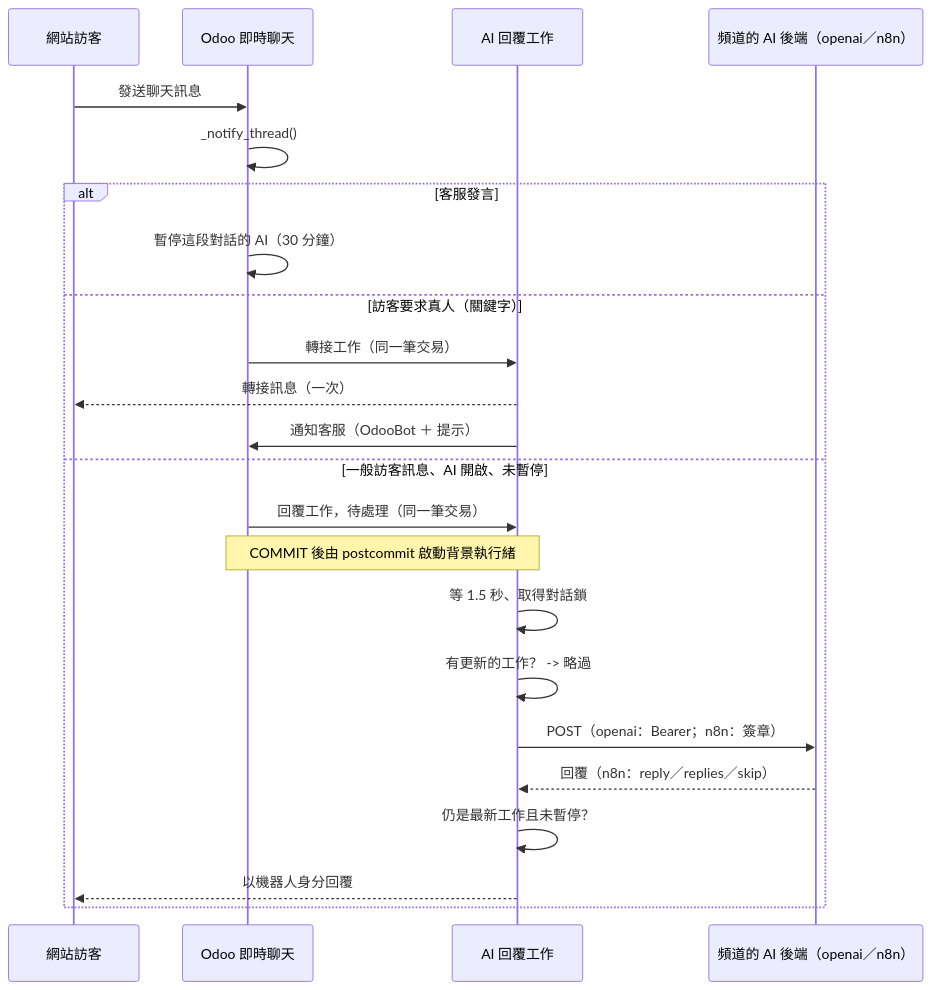
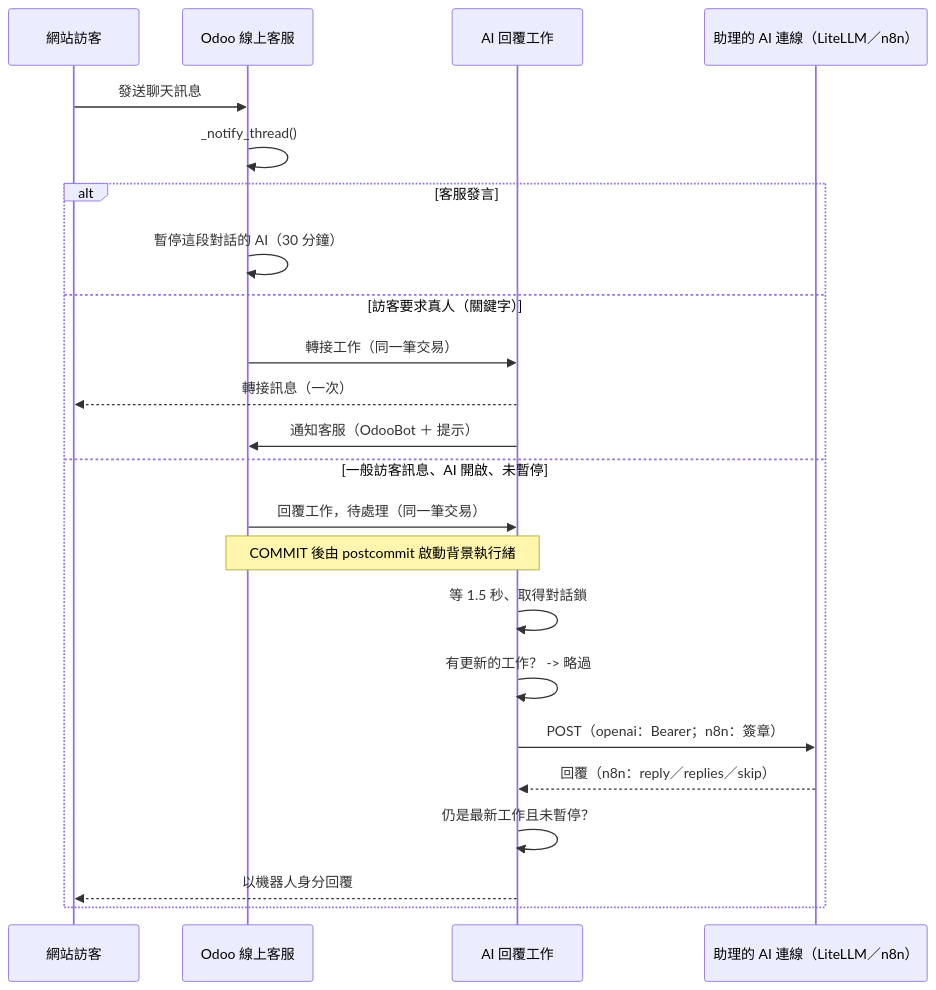
The first of 2 diagrams in README_zh-TW.md (WOOWTECH/Woow_odoo_ai_livechat), drawn with Mermaid before and after one commit. The commit also changed other lines of this file and 4 other files, not shown here.

````diff
--- a/README_zh-TW.md
+++ b/README_zh-TW.md
@@ -183,26 +268,26 @@
 ```mermaid
 sequenceDiagram
     participant V as 網站訪客
-    participant O as Odoo 即時聊天
+    participant O as Odoo 線上客服
     participant J as AI 回覆工作
-    participant L as 頻道的 AI 後端（openai／n8n）
+    participant L as 助理的 AI 連線（LiteLLM／n8n）
 
     V->>O: 發送聊天訊息
     O->>O: _notify_thread()
     alt 客服發言
         O->>O: 暫停這段對話的 AI（30 分鐘）
     else 訪客要求真人（關鍵字）
         O->>J: 轉接工作（同一筆交易）
         J-->>V: 轉接訊息（一次）
         J->>O: 通知客服（OdooBot ＋ 提示）
     else 一般訪客訊息、AI 開啟、未暫停
         O->>J: 回覆工作，待處理（同一筆交易）
         Note over O,J: COMMIT 後由 postcommit 啟動背景執行緒
         J->>J: 等 1.5 秒、取得對話鎖
         J->>J: 有更新的工作？ -> 略過
         J->>L: POST（openai：Bearer；n8n：簽章）
         L-->>J: 回覆（n8n：reply／replies／skip）
         J->>J: 仍是最新工作且未暫停？
         J-->>V: 以機器人身分回覆
     end
 ```
````
